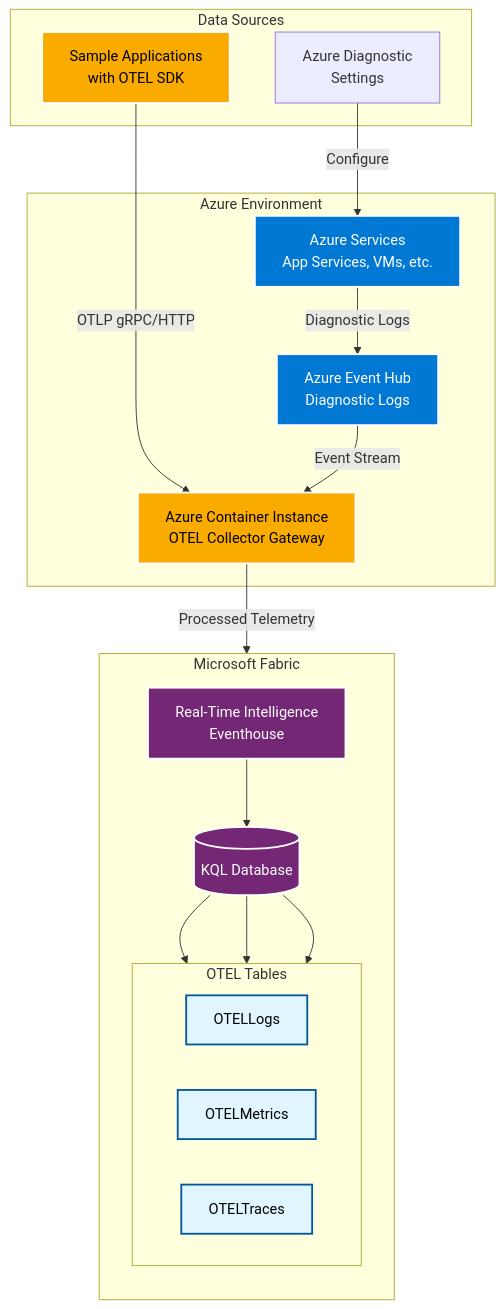
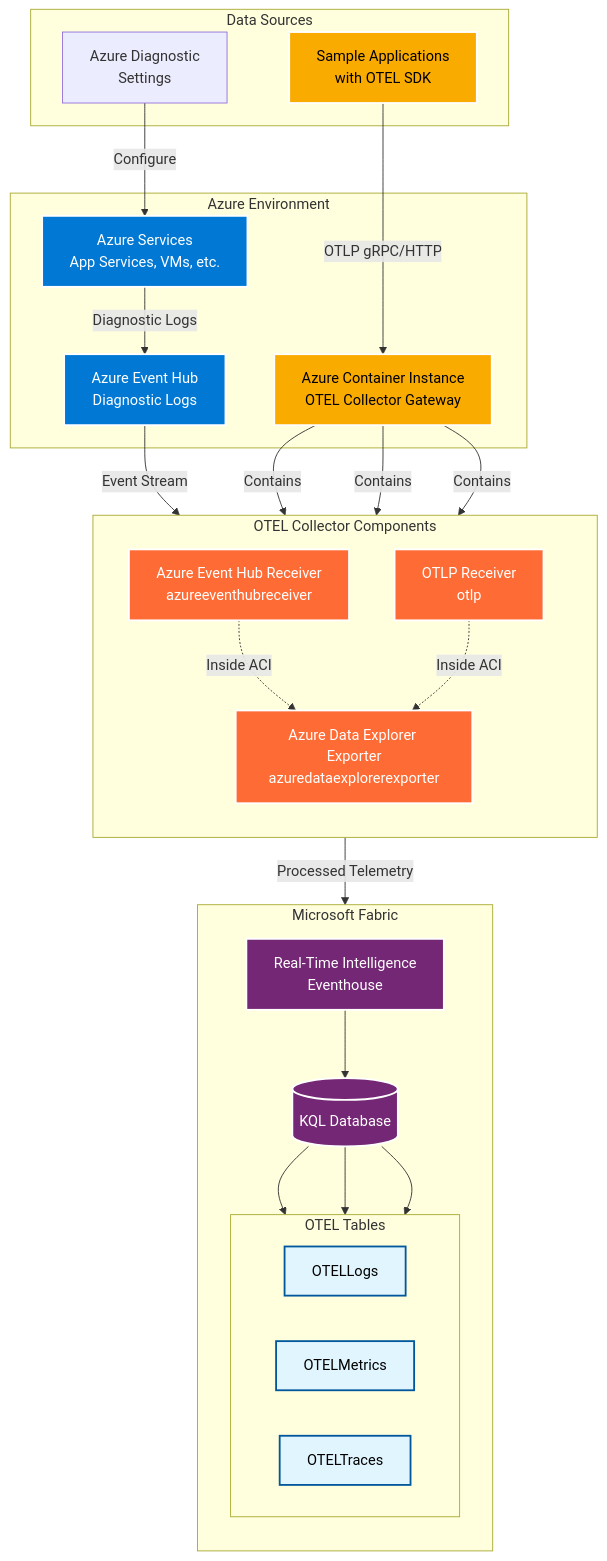
One commit to zojovano/azuresamples-fabric-observability changed the diagram in README.md. Above: the diagram before and after it, drawn with Mermaid. The commit also changed other lines of this file, not shown here.

Commit message:
Fix Mermaid diagram OTEL component naming and links
- Added proper names for OTEL collector components
- Fixed Azure Event Hub Receiver and Azure Data Explorer Exporter component names
- Added documentation links to OpenTelemetry Collector contrib component READMEs
- Enhanced architecture visualization with specific component details

````diff
--- a/README.md
+++ b/README.md
@@ -18,49 +18,63 @@
 ```mermaid
 graph TD
     subgraph "Azure Environment"
         AS[Azure Services<br/>App Services, VMs, etc.]
         EH[Azure Event Hub<br/>Diagnostic Logs]
         ACI[Azure Container Instance<br/>OTEL Collector Gateway]
     end
     
     subgraph "Microsoft Fabric"
         direction TB
         RTI[Real-Time Intelligence<br/>Eventhouse]
         KQL[(KQL Database)]
         
         subgraph "OTEL Tables"
             direction LR
             LOGS[OTELLogs]
             METRICS[OTELMetrics] 
             TRACES[OTELTraces]
         end
         
         RTI --> KQL
         KQL --> LOGS
         KQL --> METRICS
         KQL --> TRACES
     end
     
     subgraph "Data Sources"
         APPS[Sample Applications<br/>with OTEL SDK]
         DIAG[Azure Diagnostic<br/>Settings]
     end
     
+    subgraph "OTEL Collector Components"
+        direction TB
+        EHRCV[Azure Event Hub Receiver<br/>azureeventhubreceiver]
+        ADXEXP[Azure Data Explorer Exporter<br/>azuredataexplorerexporter]
+        OTLPRCV[OTLP Receiver<br/>otlp]
+    end
+    
     %% Data Flow
     AS -->|Diagnostic Logs| EH
     APPS -->|OTLP gRPC/HTTP| ACI
-    EH -->|Event Stream| ACI
+    EH -->|Event Stream| EHRCV
     DIAG -->|Configure| AS
-    ACI -->|Processed Telemetry| RTI
+    EHRCV -.->|Inside ACI| ADXEXP
+    OTLPRCV -.->|Inside ACI| ADXEXP
+    ACI -->|Contains| EHRCV
+    ACI -->|Contains| ADXEXP
+    ACI -->|Contains| OTLPRCV
+    ADXEXP -->|Processed Telemetry| RTI
     
     %% Styling
     classDef azureService fill:#0078d4,stroke:#ffffff,stroke-width:2px,color:#ffffff
     classDef fabricService fill:#742774,stroke:#ffffff,stroke-width:2px,color:#ffffff
     classDef otelService fill:#f9ab00,stroke:#ffffff,stroke-width:2px,color:#000000
+    classDef otelComponent fill:#ff6b35,stroke:#ffffff,stroke-width:2px,color:#ffffff
     classDef dataStore fill:#e1f5fe,stroke:#01579b,stroke-width:2px,color:#000000
     
     class AS,EH azureService
     class RTI,KQL fabricService
     class ACI,APPS otelService
+    class EHRCV,ADXEXP,OTLPRCV otelComponent
     class LOGS,METRICS,TRACES dataStore
 ```
````
